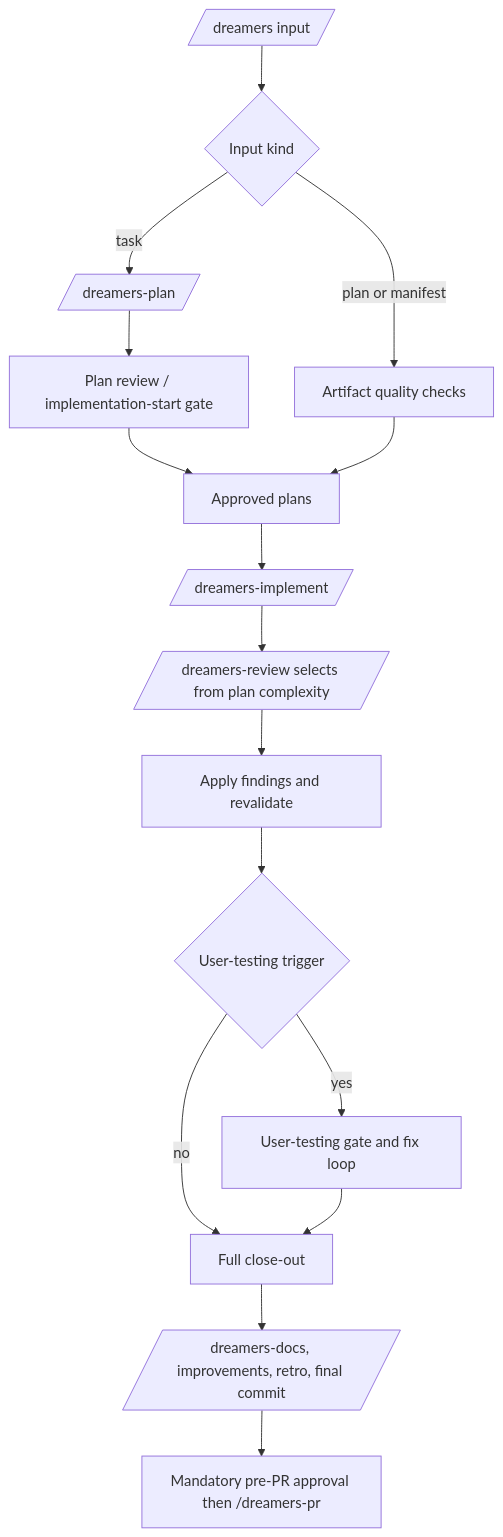
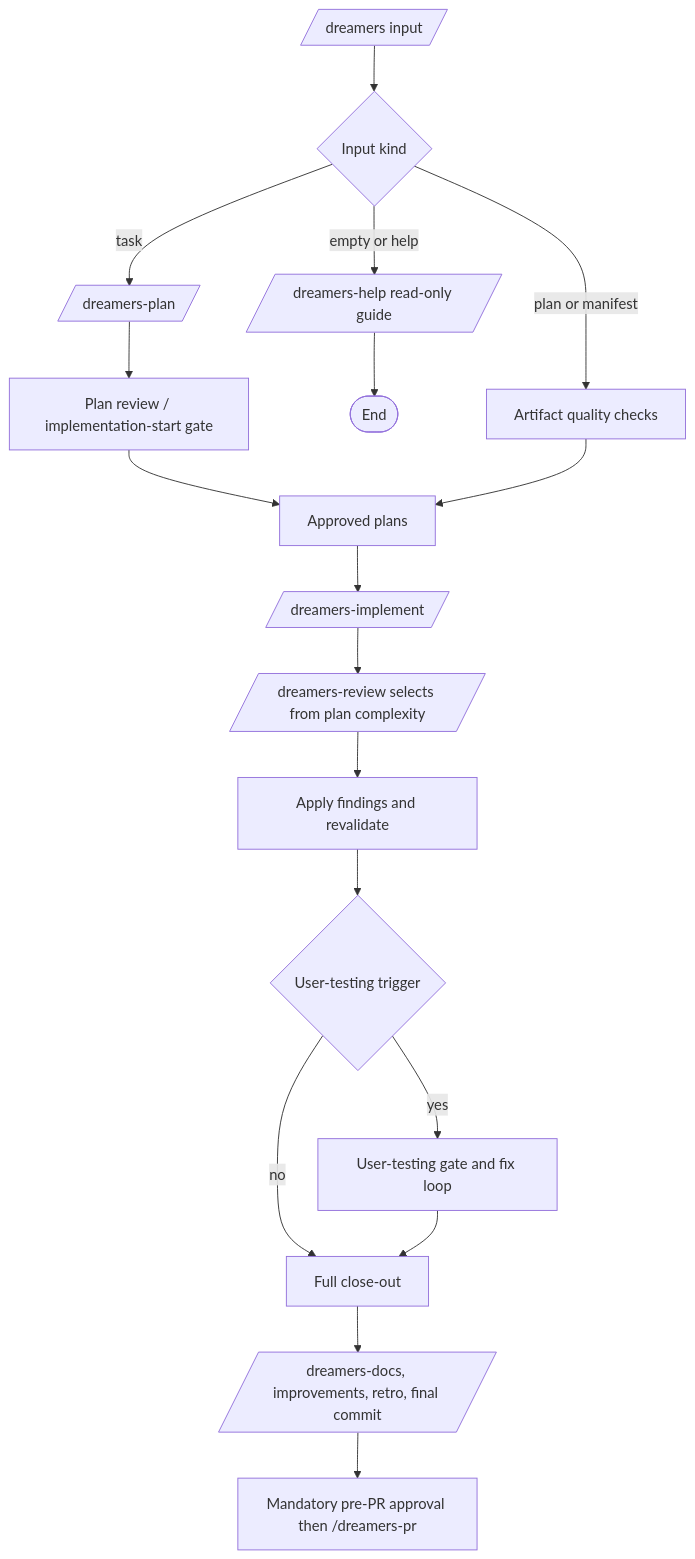
One commit to mrStorrs/dreamers-copilot changed the diagram in .github/skills/dreamers/readme.md. Above: the diagram before and after it, drawn with Mermaid. The commit also changed other lines of this file and 7 other files, not shown here.

Commit message:
fix: restore dreamers help skill (#70)

```diff
--- a/.github/skills/dreamers/readme.md
+++ b/.github/skills/dreamers/readme.md
@@ -5,18 +5,20 @@
 ~~~mermaid
 flowchart TD
     I[/dreamers input/] --> R{Input kind}
+    R -->|empty or help| H[/dreamers-help read-only guide/]
     R -->|task| P[/dreamers-plan/]
     R -->|plan or manifest| Q[Artifact quality checks]
+    H --> E([End])
     P --> G[Plan review / implementation-start gate]
     G --> A[Approved plans]
     Q --> A
     A --> T[/dreamers-implement/]
     T --> V[/dreamers-review selects from plan complexity/]
     V --> X[Apply findings and revalidate]
     X --> U{User-testing trigger}
     U -->|yes| UT[User-testing gate and fix loop]
     U -->|no| C[Full close-out]
     UT --> C
     C --> D[/dreamers-docs, improvements, retro, final commit/]
     D --> PR[Mandatory pre-PR approval then /dreamers-pr]
 ~~~
```
